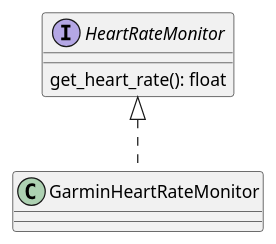
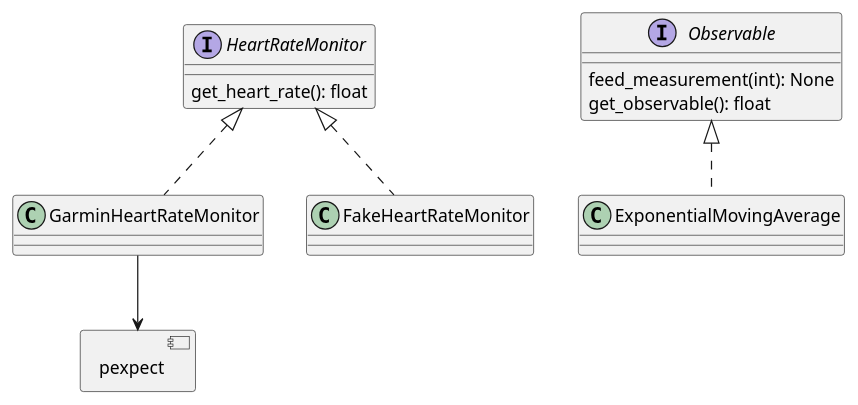
The diagram in architecture.puml (martin-ueding/hrm-meditation), drawn with PlantUML before and after one commit. The commit also changed 3 other files, not shown here.

Commit message:
Add exponential moving average

```diff
--- a/architecture.puml
+++ b/architecture.puml
@@ -1,9 +1,21 @@
 @startuml
+allowmixing
 
 interface HeartRateMonitor {
     get_heart_rate(): float
 }
 
 class GarminHeartRateMonitor implements HeartRateMonitor
+class FakeHeartRateMonitor implements HeartRateMonitor
+
+component pexpect
+GarminHeartRateMonitor --> pexpect
+
+interface Observable {
+    feed_measurement(int): None
+    get_observable(): float
+}
+
+class ExponentialMovingAverage implements Observable
 
 @enduml
```
